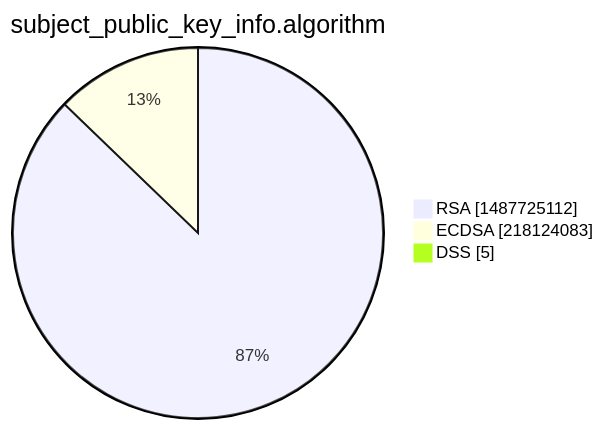
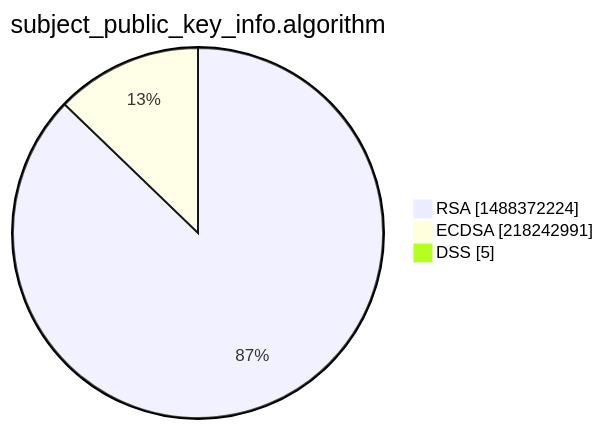
One commit to christiankrug/ctmonitor_visualization changed the third of 15 diagrams in xenon2022/README.md. Above: the diagram before and after it, drawn with Mermaid. The commit also changed other lines of this file, not shown here.

````diff
--- a/xenon2022/README.md
+++ b/xenon2022/README.md
@@ -14,7 +14,7 @@
 ```mermaid
 pie showData
 title subject_public_key_info.algorithm
-"RSA" :1487725112
-"ECDSA" :218124083
+"RSA" :1488372224
+"ECDSA" :218242991
 "DSS" :5
 ```
````
